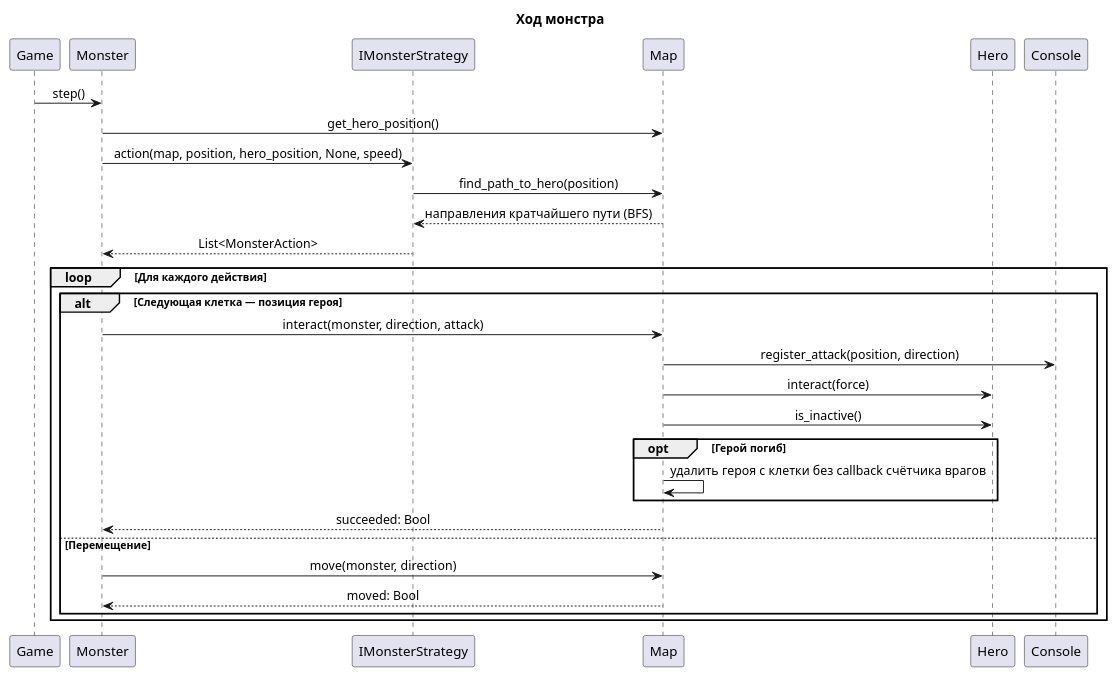
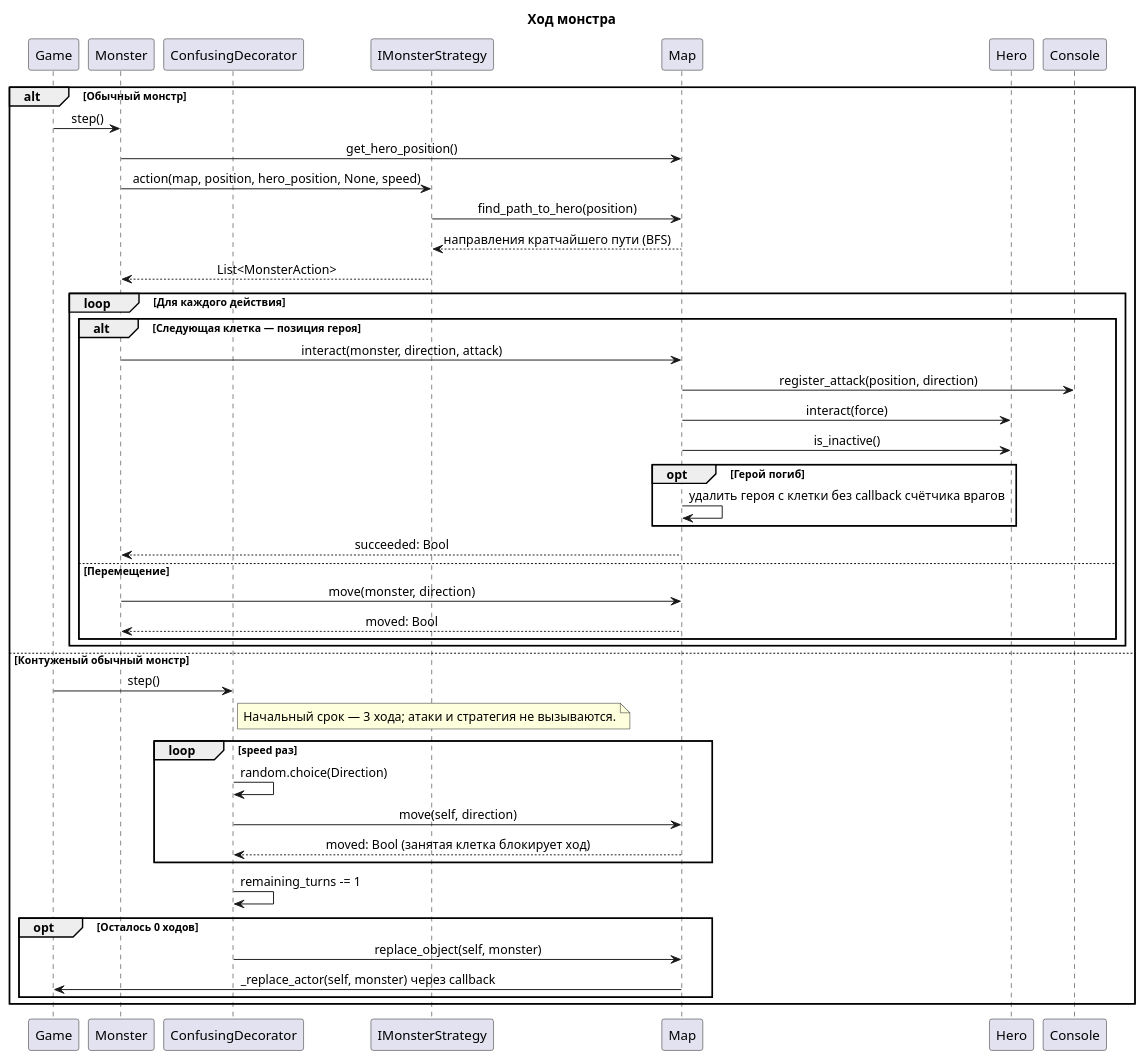
The diagram in docs/diagrams/sequence/sequence_monster.plantuml (ISArchitec/Roguelike), drawn with PlantUML before and after one commit. The commit also changed 8 other files, not shown here.

```diff
--- a/docs/diagrams/sequence/sequence_monster.plantuml
+++ b/docs/diagrams/sequence/sequence_monster.plantuml
@@ -1,36 +1,52 @@
 @startuml
 skinparam shadowing false
 skinparam sequenceParticipant roundCorner 0
 skinparam sequenceLifeLineBorderColor black
 skinparam sequenceLifeLineBackgroundColor white
 skinparam sequenceMessageAlign center
 title Ход монстра
 
 participant Game
 participant Monster
+participant ConfusingDecorator as Confused
 participant IMonsterStrategy as Strategy
 participant Map
 participant Hero
 participant Console
-Game -> Monster: step()
-Monster -> Map: get_hero_position()
-Monster -> Strategy: action(map, position, hero_position, None, speed)
-Strategy -> Map: find_path_to_hero(position)
-Map --> Strategy: направления кратчайшего пути (BFS)
-Strategy --> Monster: List<MonsterAction>
-loop Для каждого действия
-    alt Следующая клетка — позиция героя
-        Monster -> Map: interact(monster, direction, attack)
-        Map -> Console: register_attack(position, direction)
-        Map -> Hero: interact(force)
-        Map -> Hero: is_inactive()
-        opt Герой погиб
-            Map -> Map: удалить героя с клетки без callback счётчика врагов
+alt Обычный монстр
+    Game -> Monster: step()
+    Monster -> Map: get_hero_position()
+    Monster -> Strategy: action(map, position, hero_position, None, speed)
+    Strategy -> Map: find_path_to_hero(position)
+    Map --> Strategy: направления кратчайшего пути (BFS)
+    Strategy --> Monster: List<MonsterAction>
+    loop Для каждого действия
+        alt Следующая клетка — позиция героя
+            Monster -> Map: interact(monster, direction, attack)
+            Map -> Console: register_attack(position, direction)
+            Map -> Hero: interact(force)
+            Map -> Hero: is_inactive()
+            opt Герой погиб
+                Map -> Map: удалить героя с клетки без callback счётчика врагов
+            end
+            Map --> Monster: succeeded: Bool
+        else Перемещение
+            Monster -> Map: move(monster, direction)
+            Map --> Monster: moved: Bool
         end
-        Map --> Monster: succeeded: Bool
-    else Перемещение
-        Monster -> Map: move(monster, direction)
-        Map --> Monster: moved: Bool
+    end
+else Контуженый обычный монстр
+    Game -> Confused: step()
+    note right of Confused: Начальный срок — 3 хода; атаки и стратегия не вызываются.
+    loop speed раз
+        Confused -> Confused: random.choice(Direction)
+        Confused -> Map: move(self, direction)
+        Map --> Confused: moved: Bool (занятая клетка блокирует ход)
+    end
+    Confused -> Confused: remaining_turns -= 1
+    opt Осталось 0 ходов
+        Confused -> Map: replace_object(self, monster)
+        Map -> Game: _replace_actor(self, monster) через callback
     end
 end
 @enduml
```
